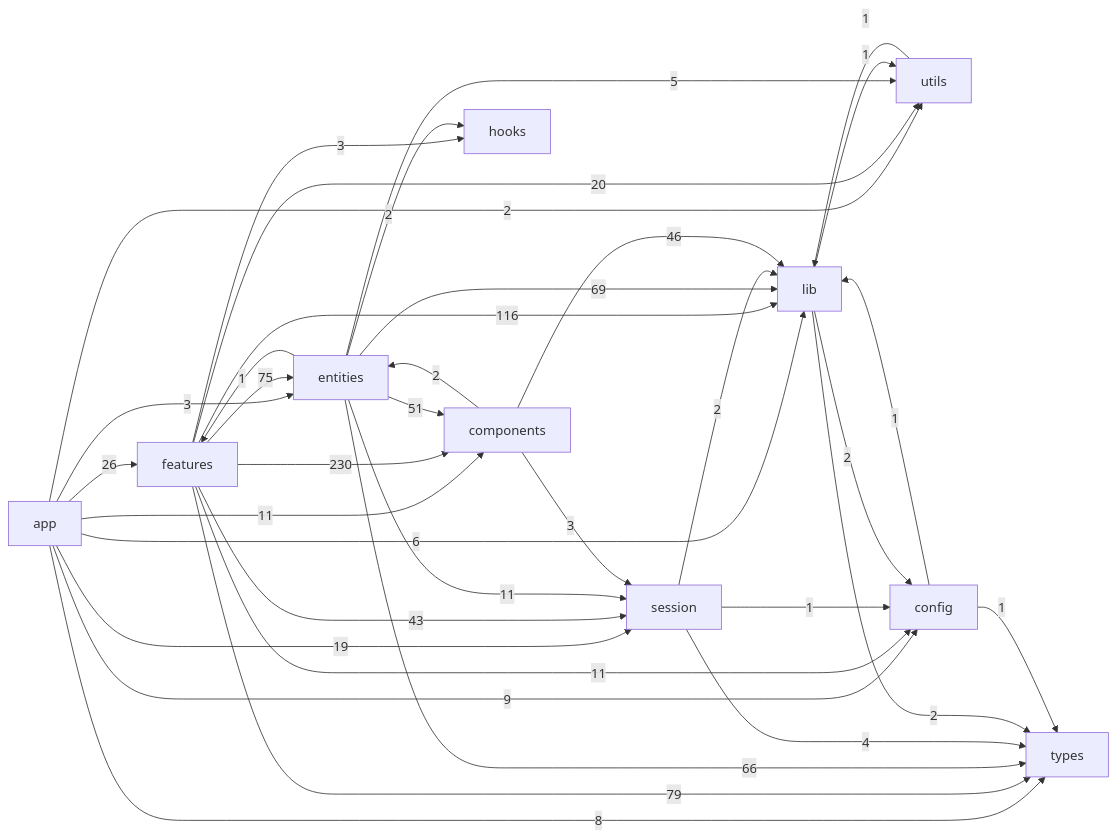
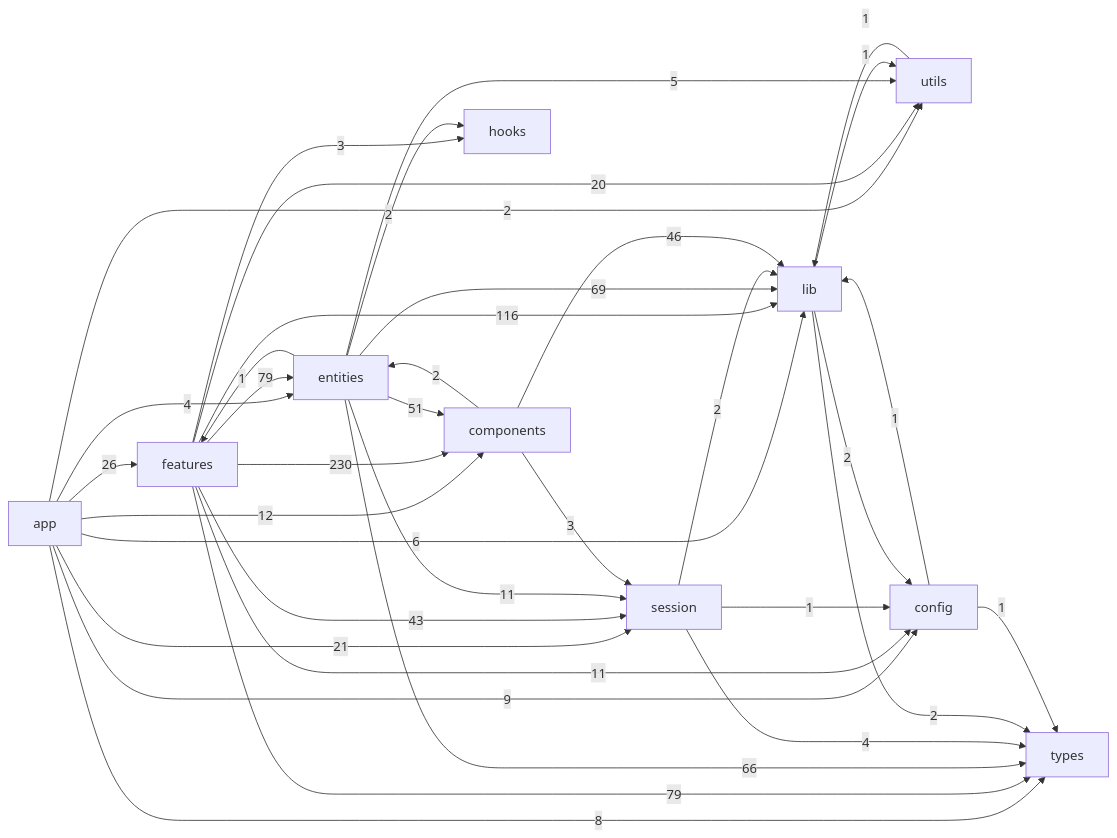
The diagram in lms_frontend/docs/generated/feature-dependency-graph.md (JohnnyZhao2/LMS), drawn with Mermaid before and after one commit. The commit also changed other lines of this file and 7 other files, not shown here.

````diff
--- a/lms_frontend/docs/generated/feature-dependency-graph.md
+++ b/lms_frontend/docs/generated/feature-dependency-graph.md
@@ -7,48 +7,48 @@
 ```mermaid
 flowchart LR
   app["app"]
   features["features"]
   entities["entities"]
   session["session"]
   components["components"]
   hooks["hooks"]
   lib["lib"]
   utils["utils"]
   config["config"]
   types["types"]
   app -->|26| features
-  app -->|3| entities
-  app -->|19| session
-  app -->|11| components
+  app -->|4| entities
+  app -->|21| session
+  app -->|12| components
   app -->|6| lib
   app -->|2| utils
   app -->|9| config
   app -->|8| types
-  features -->|75| entities
+  features -->|79| entities
   features -->|43| session
   features -->|230| components
   features -->|3| hooks
   features -->|116| lib
   features -->|20| utils
   features -->|11| config
   features -->|79| types
   entities -->|1| features
   entities -->|11| session
   entities -->|51| components
   entities -->|2| hooks
   entities -->|69| lib
   entities -->|5| utils
   entities -->|66| types
   session -->|2| lib
   session -->|1| config
   session -->|4| types
   components -->|2| entities
   components -->|3| session
   components -->|46| lib
   lib -->|1| utils
   lib -->|2| config
   lib -->|2| types
   utils -->|1| lib
   config -->|1| lib
   config -->|1| types
 ```
````
